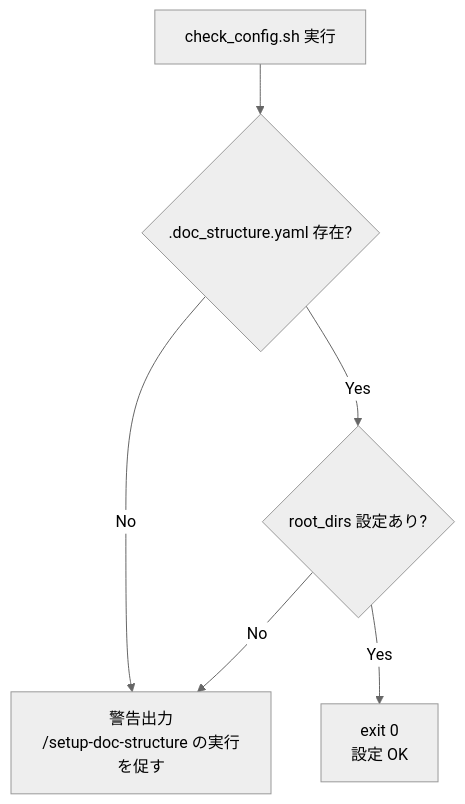
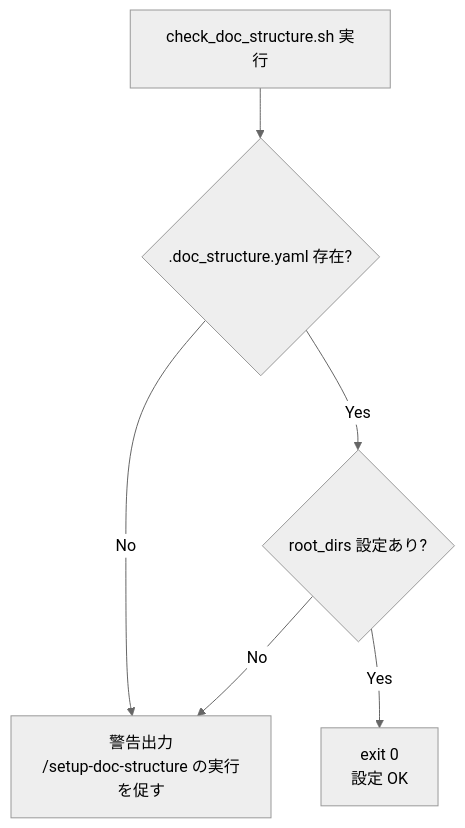
Before and after one commit to BlueEventHorizon/DocAdvisor-CC: the fifth of 10 diagrams in specs/design/DES-005_toc_generation_flow.md, drawn with Mermaid (neutral theme). The commit also changed other lines of this file and 11 other files, not shown here.

First line of the commit message:
refactor: rename check_config.sh to check_doc_structure.sh

````diff
--- a/specs/design/DES-005_toc_generation_flow.md
+++ b/specs/design/DES-005_toc_generation_flow.md
@@ -134,8 +134,8 @@
 ```mermaid
 flowchart TD
-    A[check_config.sh 実行] --> B{".doc_structure.yaml 存在?"}
+    A[check_doc_structure.sh 実行] --> B{".doc_structure.yaml 存在?"}
     B -->|No| C[警告出力<br>/setup-doc-structure の実行を促す]
     B -->|Yes| D{root_dirs 設定あり?}
     D -->|Yes| E[exit 0<br>設定 OK]
     D -->|No| C
 ```
````
